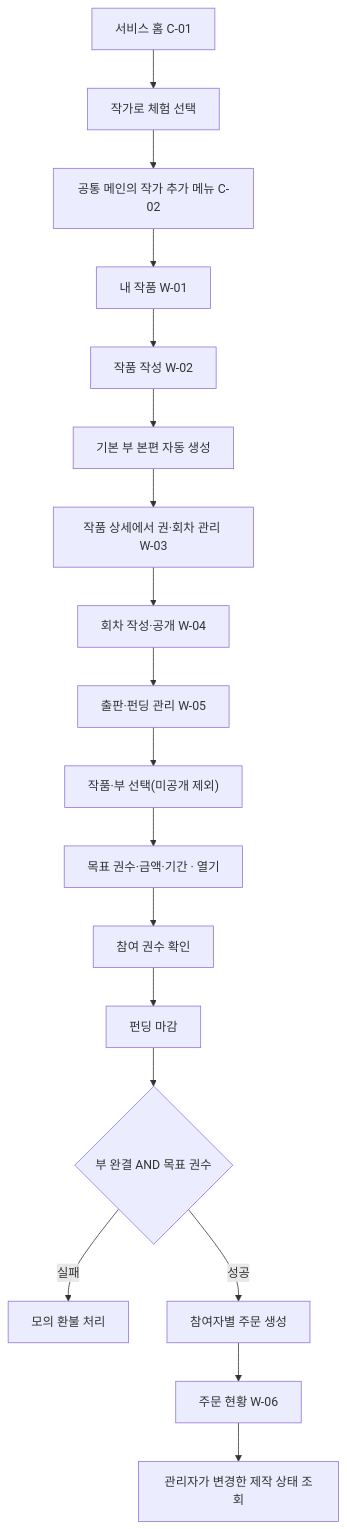
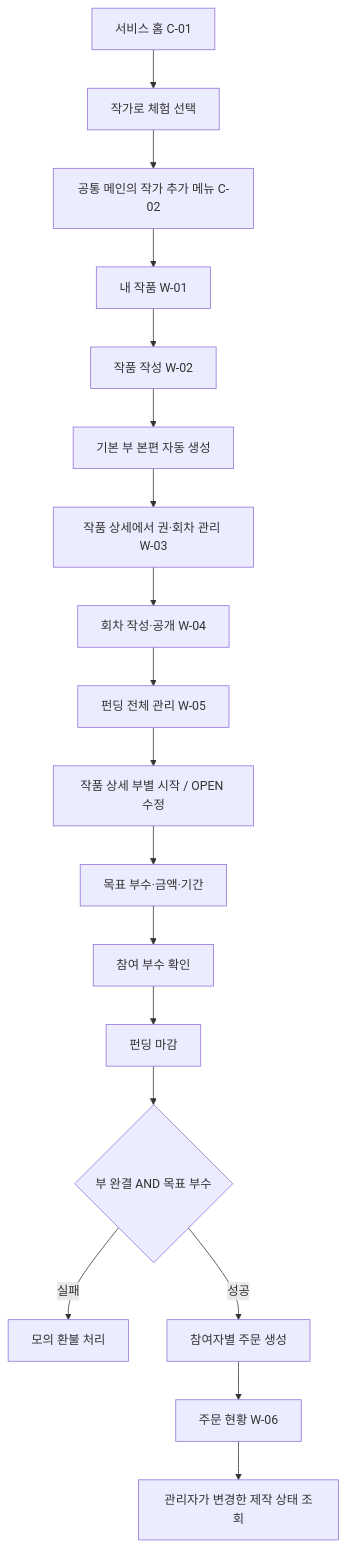
One commit to 021Skyfall/novelkeep changed the second of 3 diagrams in docs/05_화면_정의서.md. Above: the diagram before and after it, drawn with Mermaid. The commit also changed other lines of this file and 20 other files, not shown here.

````diff
--- a/docs/05_화면_정의서.md
+++ b/docs/05_화면_정의서.md
@@ -398,20 +394,20 @@
 ```mermaid
 flowchart TD
     A["서비스 홈 C-01"] --> A1["작가로 체험 선택"]
     A1 --> A2["공통 메인의 작가 추가 메뉴 C-02"]
     A2 --> B["내 작품 W-01"]
     B --> C["작품 작성 W-02"]
     C --> E["기본 부 본편 자동 생성"]
     E --> G["작품 상세에서 권·회차 관리 W-03"]
     G --> H["회차 작성·공개 W-04"]
-    H --> I["출판·펀딩 관리 W-05"]
-    I --> J["작품·부 선택(미공개 제외)"]
-    J --> K["목표 권수·금액·기간 · 열기"]
-    K --> L["참여 권수 확인"]
+    H --> I["펀딩 전체 관리 W-05"]
+    I --> J["작품 상세 부별 시작 / OPEN 수정"]
+    J --> K["목표 부수·금액·기간"]
+    K --> L["참여 부수 확인"]
     L --> M["펀딩 마감"]
-    M --> N{"부 완결 AND 목표 권수"}
+    M --> N{"부 완결 AND 목표 부수"}
     N -->|실패| O["모의 환불 처리"]
     N -->|성공| P["참여자별 주문 생성"]
     P --> Q["주문 현황 W-06"]
     Q --> R["관리자가 변경한 제작 상태 조회"]
 ```
````
